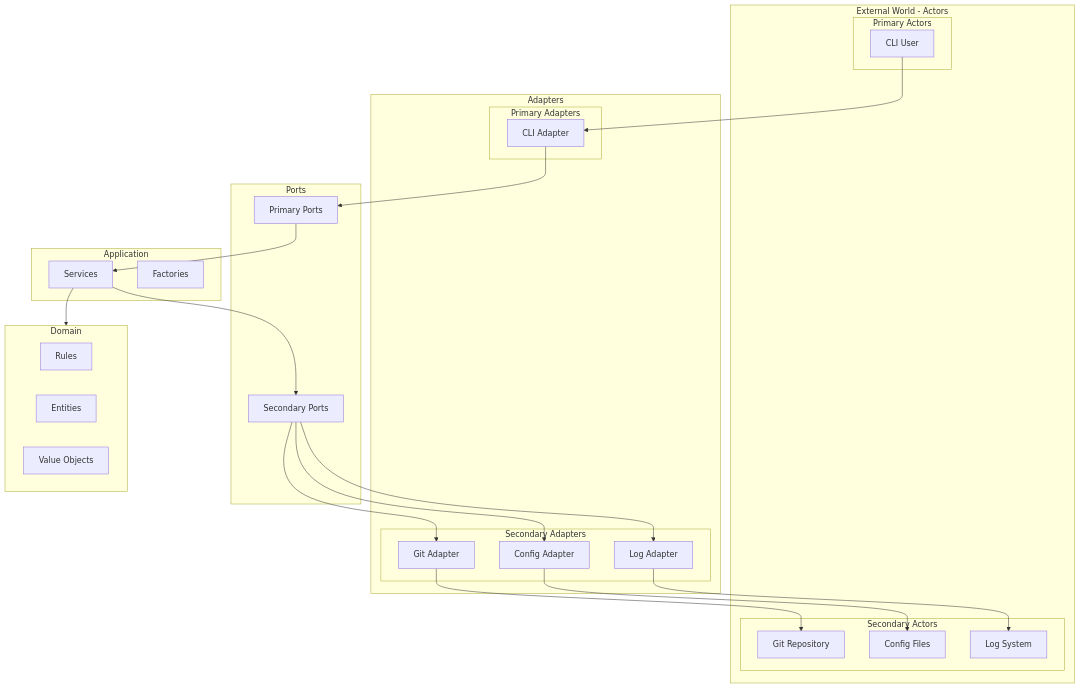
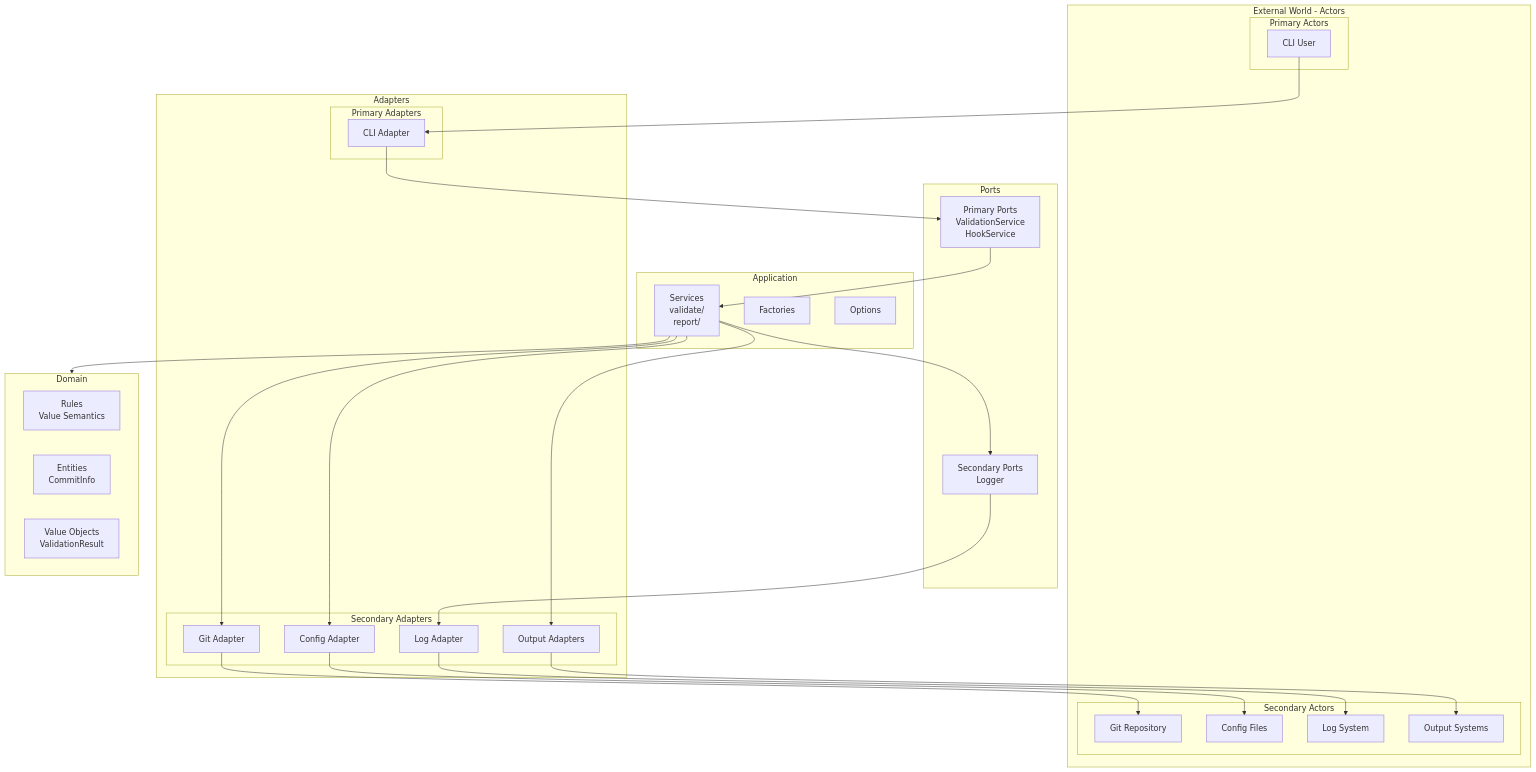
One commit to itiquette/gommitlint changed the fourth of 4 diagrams in docs/ARCHITECTURE.md. Above: the diagram before and after it, drawn with Mermaid. The commit also changed other lines of this file and 5 other files, not shown here.

````diff
--- a/docs/ARCHITECTURE.md
+++ b/docs/ARCHITECTURE.md
@@ -659,52 +729,57 @@
 ```mermaid
 flowchart TB
     subgraph External[External World - Actors]
         subgraph Primary[Primary Actors]
             CLI[CLI User]
         end
         subgraph Secondary[Secondary Actors]
             Git[Git Repository]
             Config[Config Files]
             Logs[Log System]
+            Output[Output Systems]
         end
     end
     
     subgraph Adapters[Adapters]
         subgraph PrimaryAdapters[Primary Adapters]
             CLIAdapter[CLI Adapter]
         end
         subgraph SecondaryAdapters[Secondary Adapters]
             GitAdapter[Git Adapter]
             ConfigAdapter[Config Adapter]
             LogAdapter[Log Adapter]
+            OutputAdapter[Output Adapters]
         end
     end
     
     subgraph Ports[Ports]
-        InPorts[Primary Ports]
-        OutPorts[Secondary Ports]
+        InPorts[Primary Ports<br/>ValidationService<br/>HookService]
+        OutPorts[Secondary Ports<br/>Logger]
     end
     
     subgraph Application[Application]
-        Services[Services]
+        Services[Services<br/>validate/<br/>report/]
         Factories[Factories]
+        Options[Options]
     end
     
     subgraph Domain[Domain]
-        Rules[Rules]
-        Entities[Entities]
-        ValueObjects[Value Objects]
+        Rules[Rules<br/>Value Semantics]
+        Entities[Entities<br/>CommitInfo]
+        ValueObjects[Value Objects<br/>ValidationResult]
     end
     
     CLI --> CLIAdapter
     CLIAdapter --> InPorts
     InPorts --> Services
     Services --> Domain
     Services --> OutPorts
-    OutPorts --> GitAdapter
-    OutPorts --> ConfigAdapter
     OutPorts --> LogAdapter
+    Services --> GitAdapter
+    Services --> ConfigAdapter
+    Services --> OutputAdapter
     GitAdapter --> Git
     ConfigAdapter --> Config
     LogAdapter --> Logs
+    OutputAdapter --> Output
 ```
````
